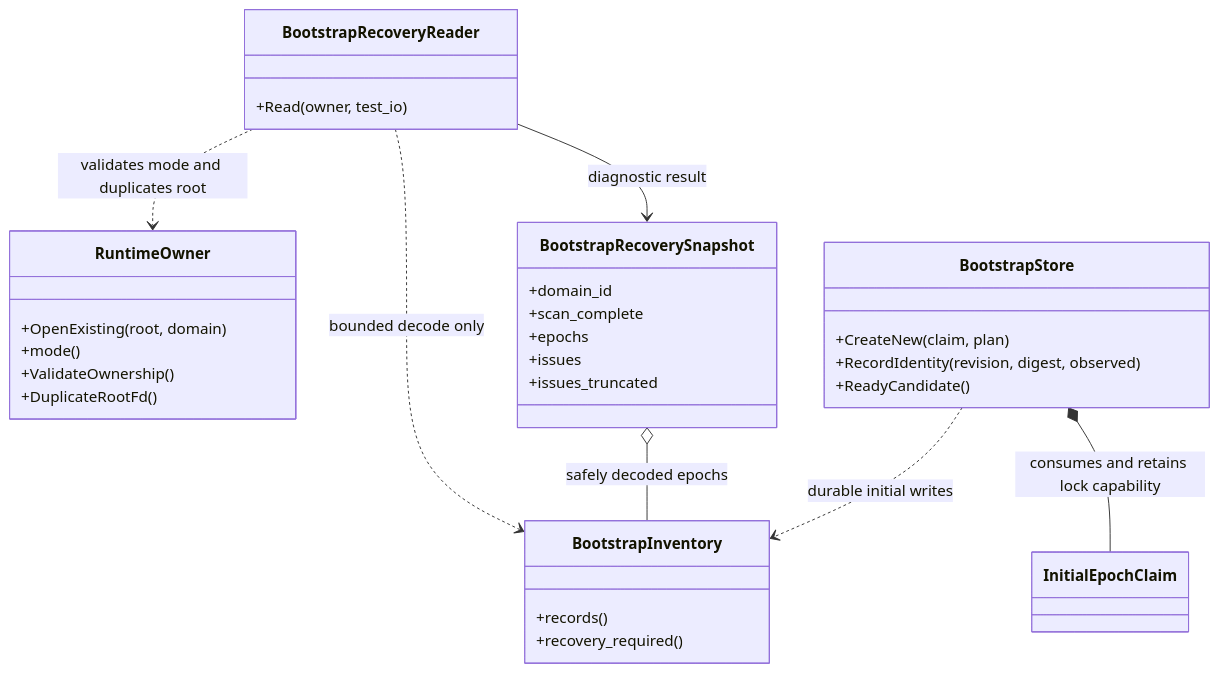
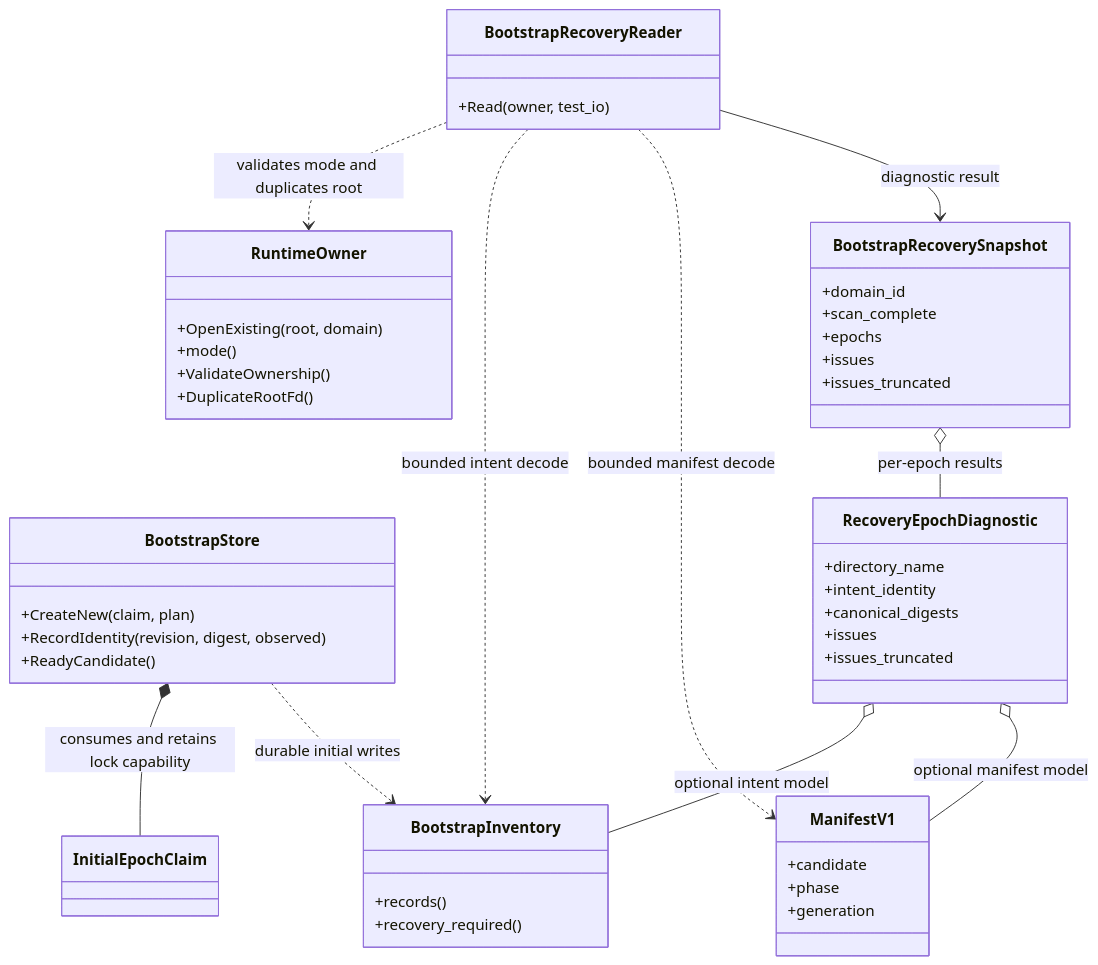
Before and after one commit to kshiteesh28/DistributedRateGuard: the second of 4 diagrams in docs/LLD.md, drawn with Mermaid. The commit also changed other lines of this file and 9 other files, not shown here.

````diff
--- a/docs/LLD.md
+++ b/docs/LLD.md
@@ -508,34 +511,49 @@
 ```mermaid
 classDiagram
   class RuntimeOwner {
     +OpenExisting(root, domain)
     +mode()
     +ValidateOwnership()
     +DuplicateRootFd()
   }
   class BootstrapStore {
     +CreateNew(claim, plan)
     +RecordIdentity(revision, digest, observed)
     +ReadyCandidate()
   }
   class BootstrapRecoveryReader {
     +Read(owner, test_io)
   }
   class BootstrapRecoverySnapshot {
     +domain_id
     +scan_complete
     +epochs
     +issues
     +issues_truncated
   }
+  class RecoveryEpochDiagnostic {
+    +directory_name
+    +intent_identity
+    +canonical_digests
+    +issues
+    +issues_truncated
+  }
   class BootstrapInventory {
     +records()
     +recovery_required()
   }
+  class ManifestV1 {
+    +candidate
+    +phase
+    +generation
+  }
   BootstrapRecoveryReader ..> RuntimeOwner : validates mode and duplicates root
-  BootstrapRecoveryReader ..> BootstrapInventory : bounded decode only
+  BootstrapRecoveryReader ..> BootstrapInventory : bounded intent decode
+  BootstrapRecoveryReader ..> ManifestV1 : bounded manifest decode
   BootstrapRecoveryReader --> BootstrapRecoverySnapshot : diagnostic result
-  BootstrapRecoverySnapshot o-- BootstrapInventory : safely decoded epochs
+  BootstrapRecoverySnapshot o-- RecoveryEpochDiagnostic : per-epoch results
+  RecoveryEpochDiagnostic o-- BootstrapInventory : optional intent model
+  RecoveryEpochDiagnostic o-- ManifestV1 : optional manifest model
   BootstrapStore *-- InitialEpochClaim : consumes and retains lock capability
   BootstrapStore ..> BootstrapInventory : durable initial writes
 ```
````
